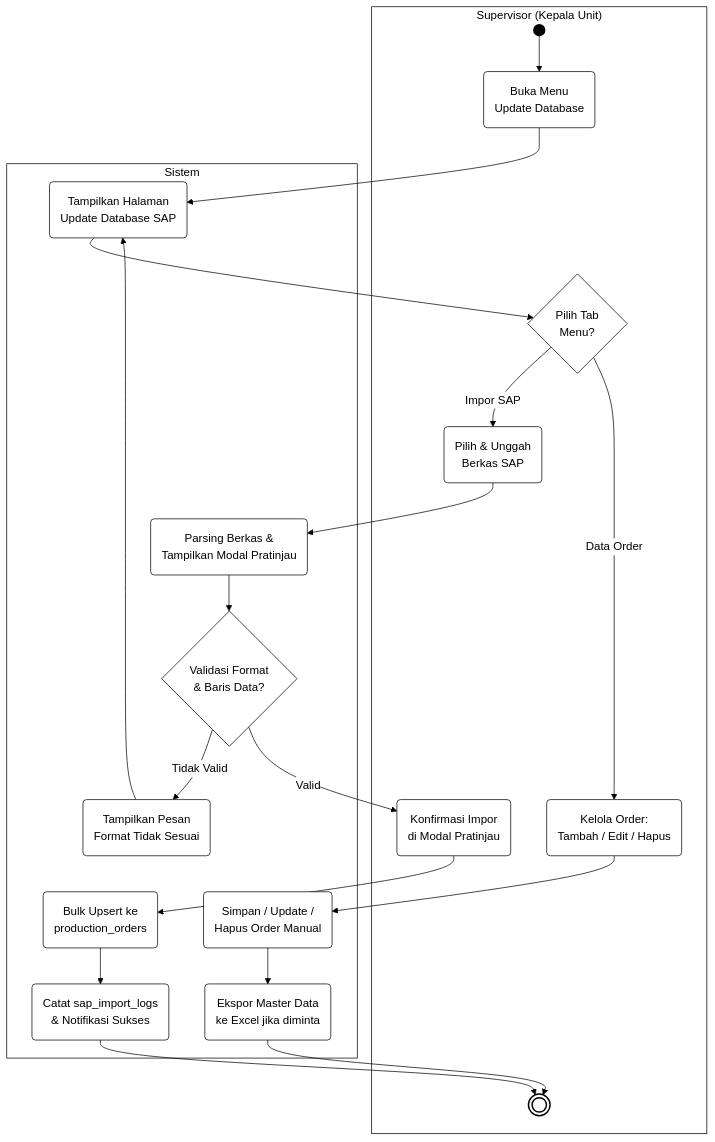
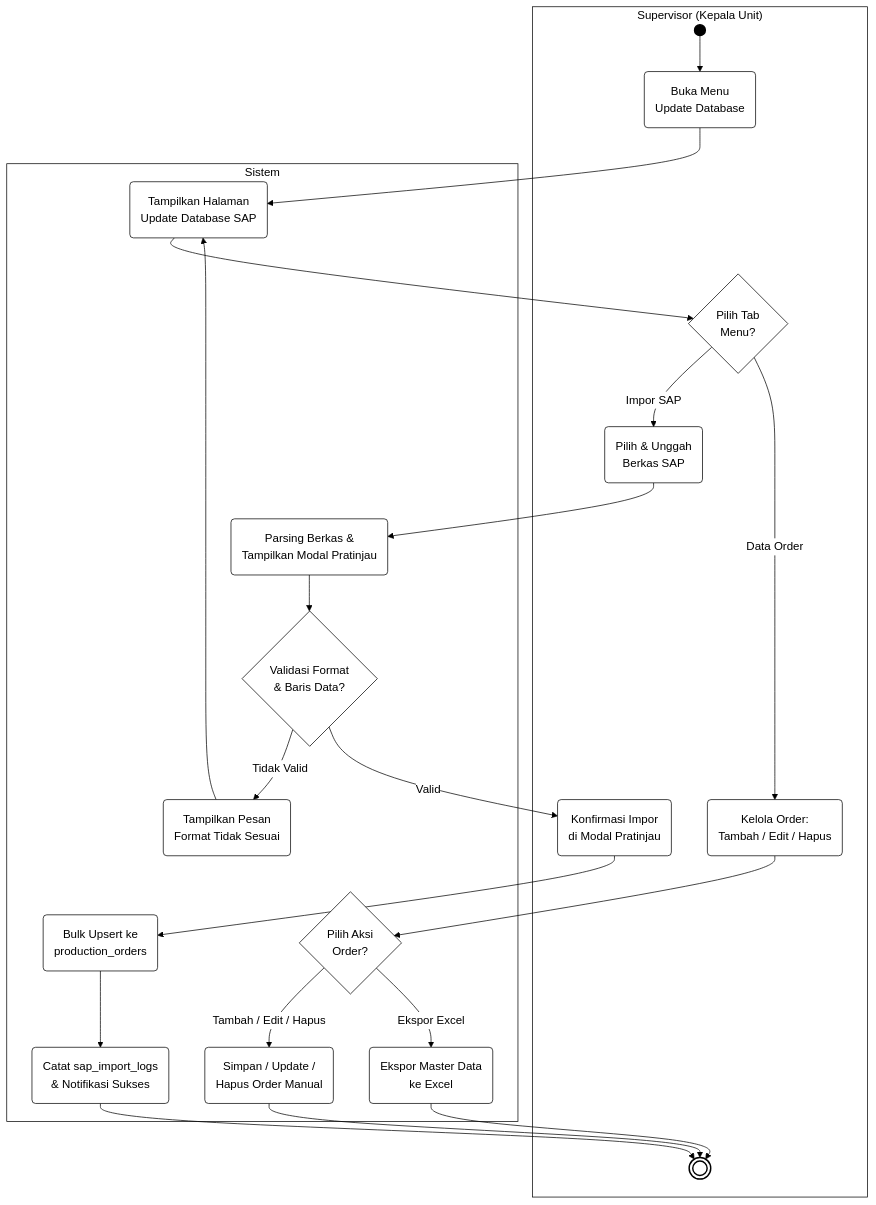
The sixth of 11 diagrams in docs/BAB_III_Draft.md (ZulfikarHD/scan-produksi), drawn with Mermaid before and after one commit. The commit also changed other lines of this file, not shown here.

````diff
--- a/docs/BAB_III_Draft.md
+++ b/docs/BAB_III_Draft.md
@@ -509,44 +515,47 @@
 ```mermaid
 %%{init: {'theme': 'base', 'themeVariables': { 'primaryColor': '#ffffff', 'primaryBorderColor': '#000000', 'primaryTextColor': '#000000', 'lineColor': '#000000', 'textColor': '#000000', 'clusterBkg': '#ffffff', 'clusterBorder': '#000000', 'edgeLabelBackground':'#ffffff' }}}%%
 flowchart TD
     subgraph Supervisor ["Supervisor (Kepala Unit)"]
         S_Start(( ))
         S_Buka(Buka Menu<br/>Update Database)
         S_Tab{Pilih Tab<br/>Menu?}
         S_Upload(Pilih & Unggah<br/>Berkas SAP)
         S_Konfirm(Konfirmasi Impor<br/>di Modal Pratinjau)
         S_Order(Kelola Order:<br/>Tambah / Edit / Hapus)
         S_End((( )))
     end
 
     subgraph Sistem ["Sistem"]
         SIS_Tampil(Tampilkan Halaman<br/>Update Database SAP)
         SIS_Preview(Parsing Berkas &<br/>Tampilkan Modal Pratinjau)
         SIS_Val{Validasi Format<br/>& Baris Data?}
         SIS_Err(Tampilkan Pesan<br/>Format Tidak Sesuai)
         SIS_Upsert(Bulk Upsert ke<br/>production_orders)
         SIS_Log(Catat sap_import_logs<br/>& Notifikasi Sukses)
         SIS_CRUD(Simpan / Update /<br/>Hapus Order Manual)
-        SIS_Export(Ekspor Master Data<br/>ke Excel jika diminta)
+        SIS_Export(Ekspor Master Data<br/>ke Excel)
+        S_AksiOrder{Pilih Aksi<br/>Order?}
     end
 
     S_Start --> S_Buka
     S_Buka --> SIS_Tampil
     SIS_Tampil --> S_Tab
     S_Tab -- Impor SAP --> S_Upload
     S_Upload --> SIS_Preview
     SIS_Preview --> SIS_Val
     SIS_Val -- Tidak Valid --> SIS_Err
     SIS_Err --> SIS_Tampil
     SIS_Val -- Valid --> S_Konfirm
     S_Konfirm --> SIS_Upsert
     SIS_Upsert --> SIS_Log
     SIS_Log --> S_End
     S_Tab -- Data Order --> S_Order
-    S_Order --> SIS_CRUD
-    SIS_CRUD --> SIS_Export
+    S_Order --> S_AksiOrder
+    S_AksiOrder -- Tambah / Edit / Hapus --> SIS_CRUD
+    SIS_CRUD --> S_End
+    S_AksiOrder -- Ekspor Excel --> SIS_Export
     SIS_Export --> S_End
 
     style S_Start fill:#000000,stroke:#000000,stroke-width:2px;
     style S_End fill:#ffffff,stroke:#000000,stroke-width:2px;
 ```
````
